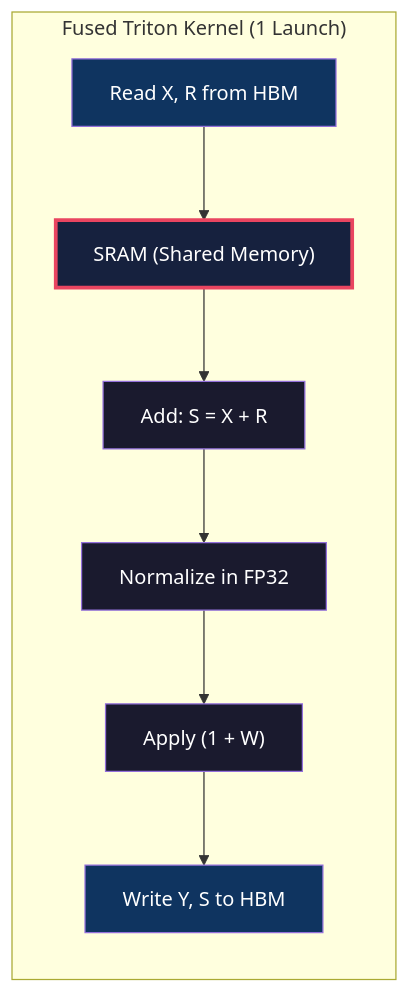
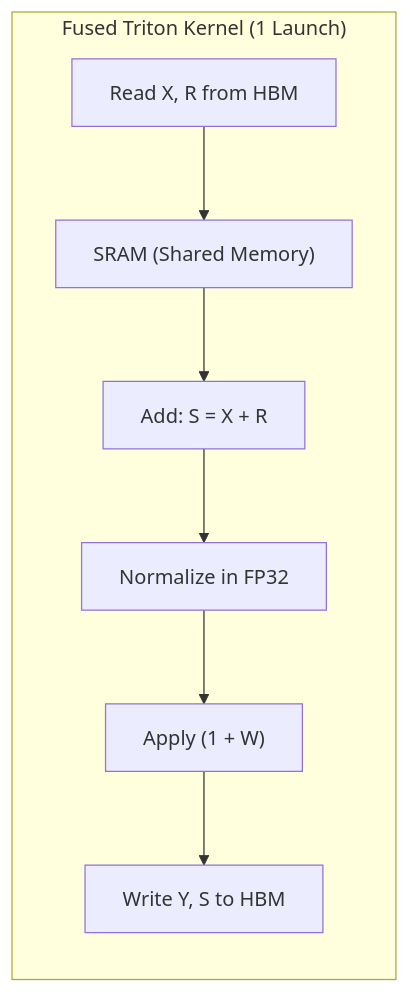
The third of 5 diagrams in blogs/qwen_3.5.md (Darshan-Baslani/simple_portfolio), drawn with Mermaid before and after one commit. The commit also changed other lines of this file and 12 other files, not shown here.

Commit message:
fix: graph text not visible

````diff
--- a/blogs/qwen_3.5.md
+++ b/blogs/qwen_3.5.md
@@ -231,18 +214,11 @@
 ```mermaid
 graph TB
     subgraph Fused["Fused Triton Kernel (1 Launch)"]
         direction TB
         READ["Read X, R from HBM"] --> SRAM["SRAM (Shared Memory)"]
         SRAM --> ADD_F["Add: S = X + R"]
         ADD_F --> NORM_F["Normalize in FP32"]
         NORM_F --> WEIGHT_F["Apply (1 + W)"]
         WEIGHT_F --> WRITE["Write Y, S to HBM"]
     end
-
-    style READ fill:#0f3460,color:#fff
-    style SRAM fill:#16213e,stroke:#e94560,stroke-width:3,color:#fff
-    style ADD_F fill:#1a1a2e,color:#fff
-    style NORM_F fill:#1a1a2e,color:#fff
-    style WEIGHT_F fill:#1a1a2e,color:#fff
-    style WRITE fill:#0f3460,color:#fff
 ```
````
